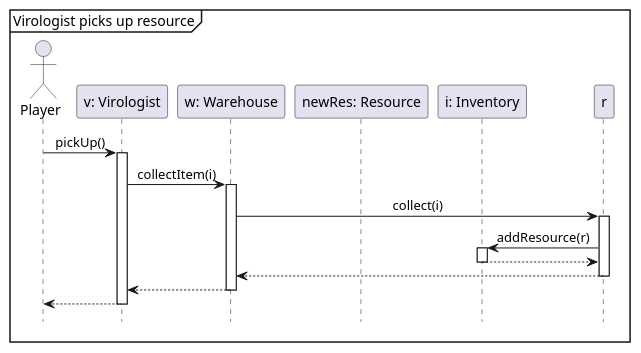
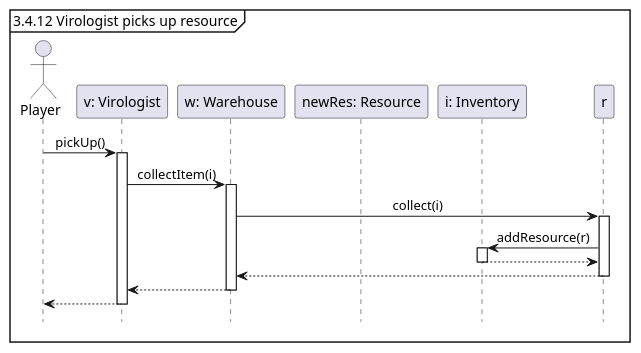
Before and after one commit to Tschonti/503-service-unavailable: the diagram in docs/seqDiagrams/10_3pickUpResource.puml, drawn with PlantUML. The commit also changed 9 other files, not shown here.

```diff
--- a/docs/seqDiagrams/10_3pickUpResource.puml
+++ b/docs/seqDiagrams/10_3pickUpResource.puml
@@ -1,24 +1,24 @@
 @startuml
 'https://plantuml.com/sequence-diagram
 
 hide footbox
 skinparam sequenceMessageAlign center
 
-mainframe Virologist picks up resource
+mainframe 3.4.12 Virologist picks up resource
 
 actor Player as p
 participant "v: Virologist" as v
 participant "w: Warehouse" as w
 participant "newRes: Resource" as newRes
 participant "i: Inventory" as i
 
 p -> v ++ : pickUp()
     v -> w ++ : collectItem(i)
         w -> r ++ : collect(i)
             r -> i ++ : addResource(r)
             return
         return
     return
 return
 
 @enduml
```
